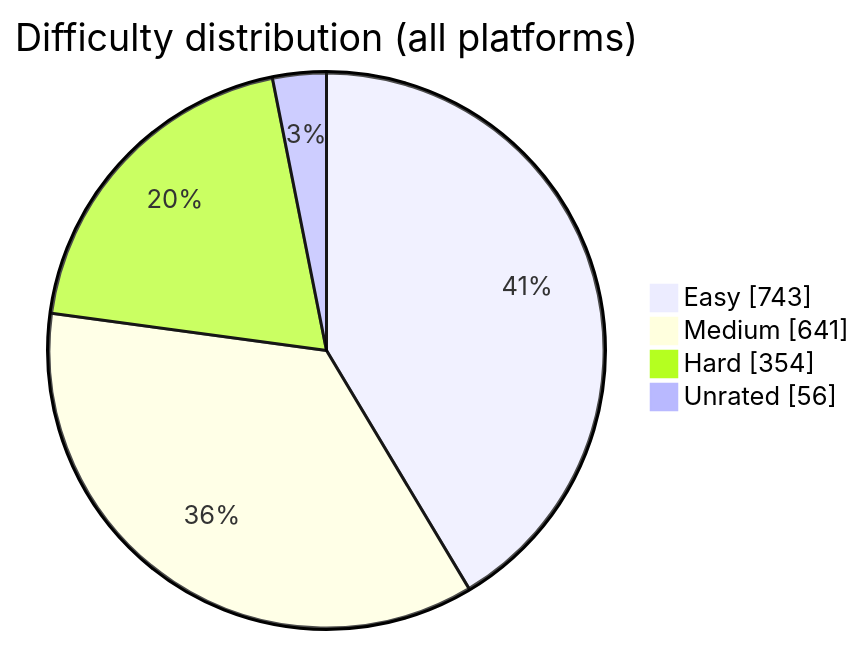
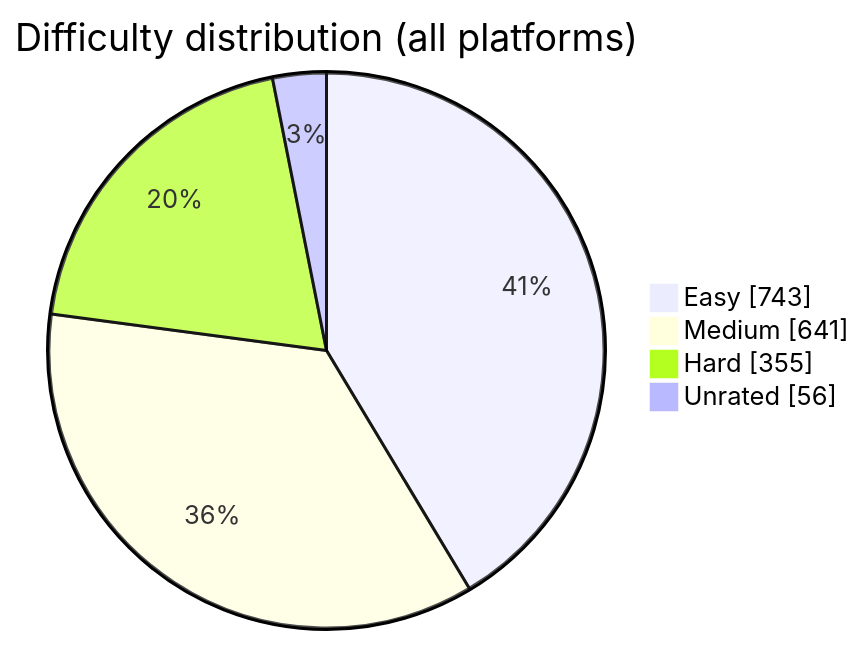
One commit to BuildbyArindam/Daily-Coding-Log changed the diagram in README.md. Above: the diagram before and after it, drawn with Mermaid. The commit also changed other lines of this file, not shown here.

````diff
--- a/README.md
+++ b/README.md
@@ -108,7 +108,7 @@
 ```mermaid
 pie showData title Difficulty distribution (all platforms)
     "Easy" : 743
     "Medium" : 641
-    "Hard" : 354
+    "Hard" : 355
     "Unrated" : 56
 ```
````
